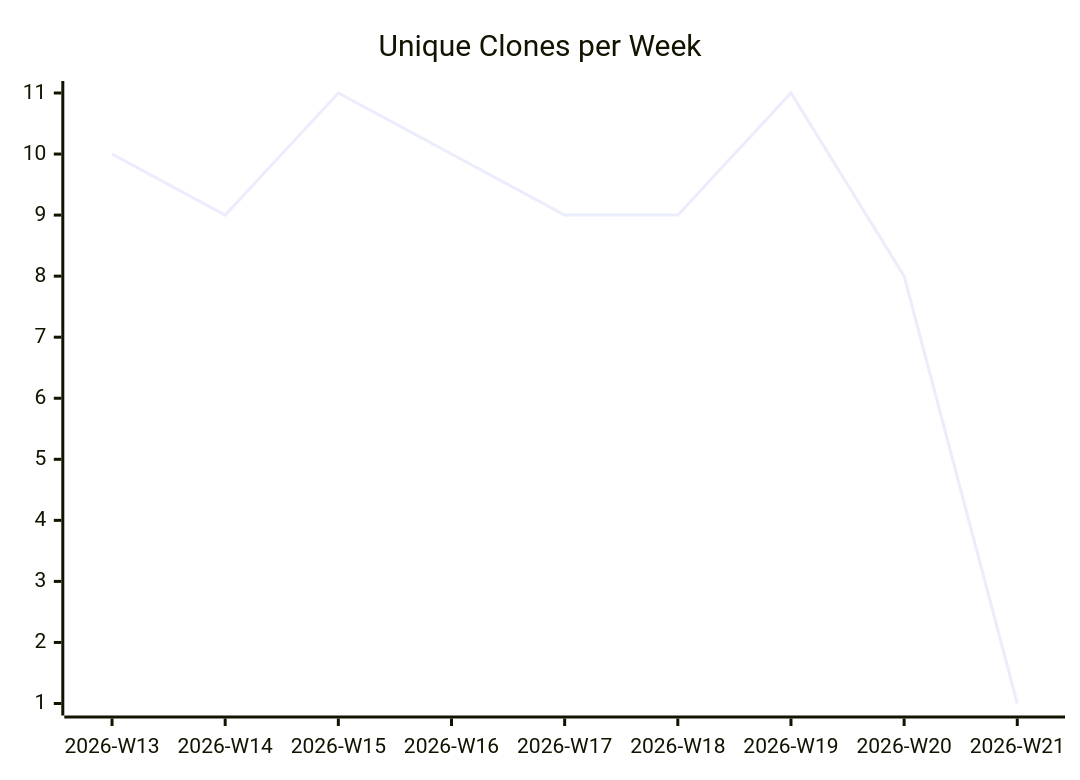
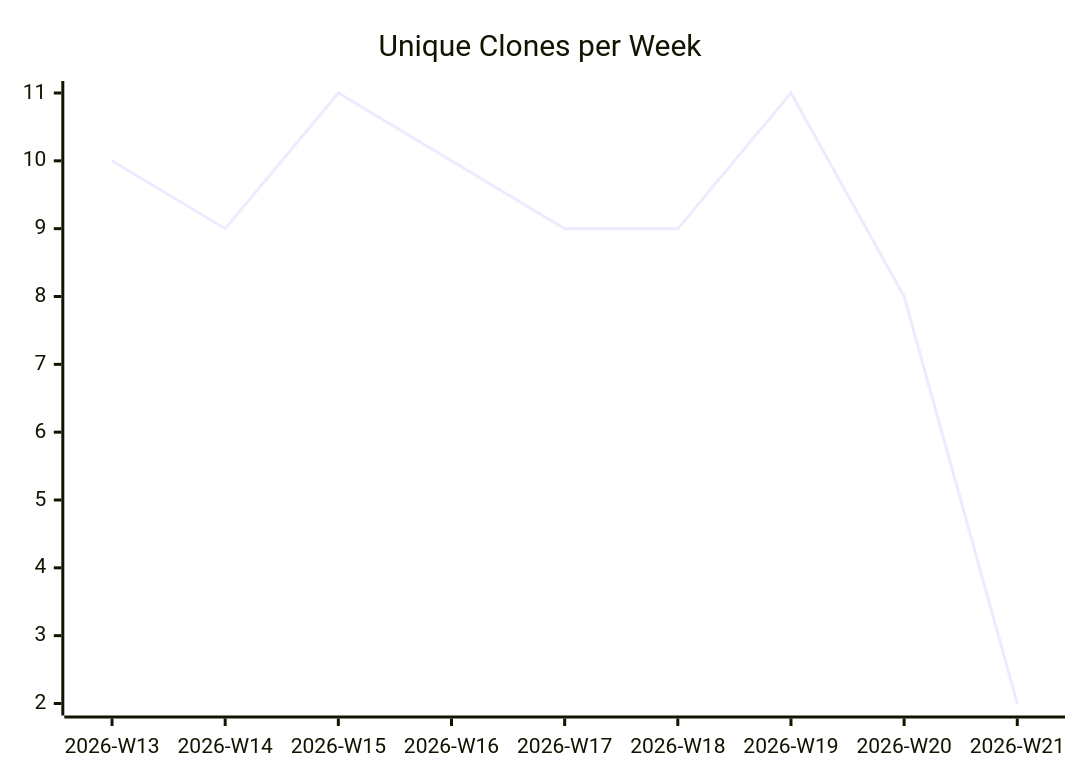
The third of 3 diagrams in karlmdavis/usgs-water-api-java/README.md (justdavis-family/github-analytics-data), drawn with Mermaid before and after one commit. The commit also changed other lines of this file and 187 other files, not shown here.

````diff
--- a/karlmdavis/usgs-water-api-java/README.md
+++ b/karlmdavis/usgs-water-api-java/README.md
@@ -19,6 +19,6 @@
 ```mermaid
 xychart-beta
   title "Unique Clones per Week"
   x-axis ["2026-W13", "2026-W14", "2026-W15", "2026-W16", "2026-W17", "2026-W18", "2026-W19", "2026-W20", "2026-W21"]
-  line [10, 9, 11, 10, 9, 9, 11, 8, 1]
+  line [10, 9, 11, 10, 9, 9, 11, 8, 2]
 ```
````
